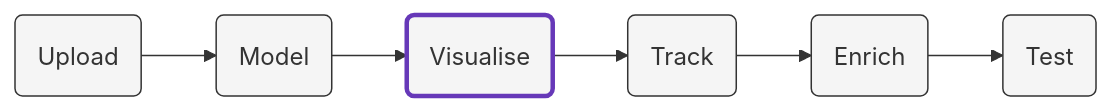
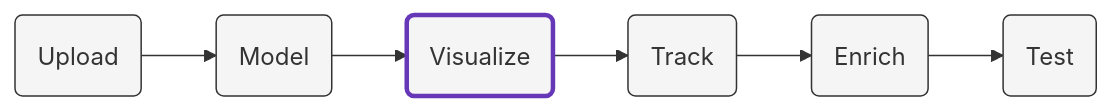
One commit to snowplow/advanced-analytics-web-accelerator changed the diagram in content/visualisation/_index.md. Above: the diagram before and after it, drawn with Mermaid. The commit also changed other lines of this file and 18 other files, not shown here.

```diff
--- a/content/visualisation/_index.md
+++ b/content/visualisation/_index.md
@@ -13,10 +13,10 @@
 {{<mermaid>}}
 flowchart LR
-    id1(Upload)-->id2(Model)-->id3(Visualise)-->id4(Track)-->id5(Enrich)-->id6(Test)
+    id1(Upload)-->id2(Model)-->id3(Visualize)-->id4(Track)-->id5(Enrich)-->id6(Test)
     style id3 fill:#f5f5f5,stroke:#6638B8,stroke-width:3px
     style id1 fill:#f5f5f5,stroke:#333,stroke-width:1px
     style id5 fill:#f5f5f5,stroke:#333,stroke-width:1px
     style id4 fill:#f5f5f5,stroke:#333,stroke-width:1px
     style id2 fill:#f5f5f5,stroke:#333,stroke-width:1px
     style id6 fill:#f5f5f5,stroke:#333,stroke-width:1px
 {{</mermaid >}}
```
